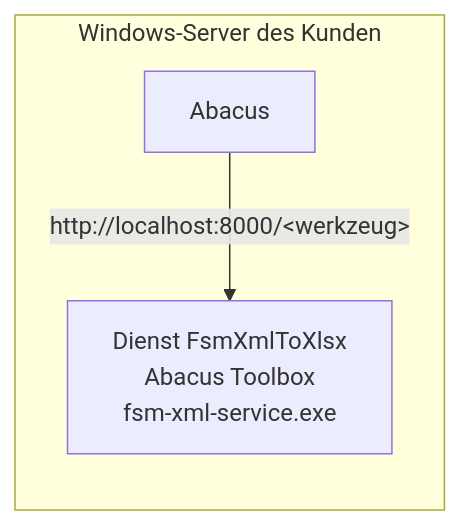
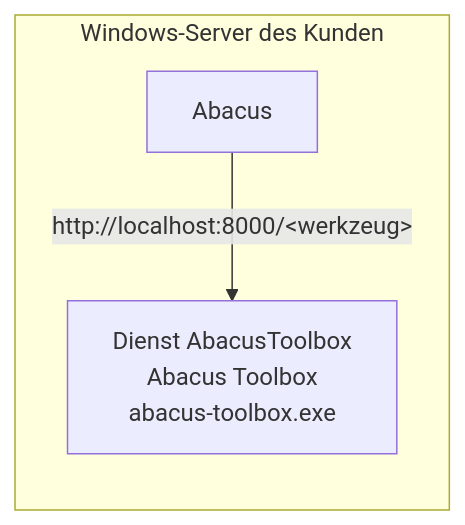
The diagram in docs/betrieb-windows-dienst.md (doodelidodo/abacus-toolbox), drawn with Mermaid before and after one commit. The commit also changed other lines of this file and 12 other files, not shown here.

Commit message:
Umbenennung in Abacus Toolbox

````diff
--- a/docs/betrieb-windows-dienst.md
+++ b/docs/betrieb-windows-dienst.md
@@ -12,6 +12,6 @@
 ```mermaid
 flowchart LR
     subgraph VM[Windows-Server des Kunden]
-        A[Abacus] -- "http://localhost:8000/&lt;werkzeug&gt;" --> D[Dienst FsmXmlToXlsx<br/>Abacus Toolbox<br/>fsm-xml-service.exe]
+        A[Abacus] -- "http://localhost:8000/&lt;werkzeug&gt;" --> D[Dienst AbacusToolbox<br/>Abacus Toolbox<br/>abacus-toolbox.exe]
     end
 ```
````
